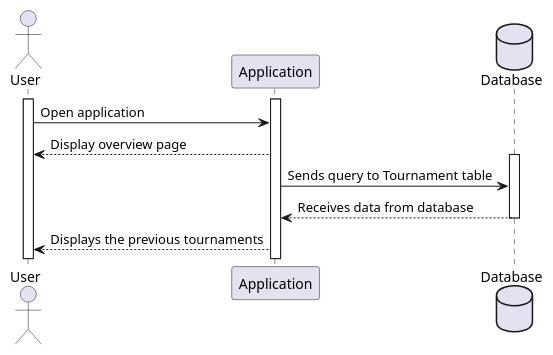
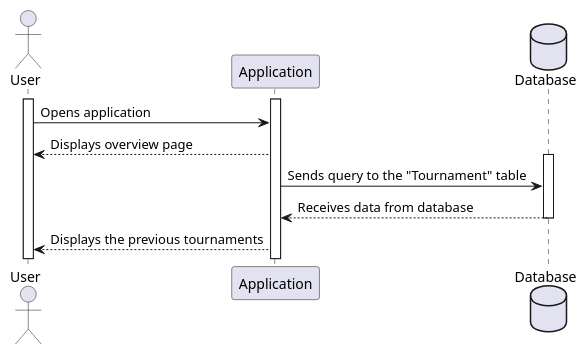
Before and after one commit to itzMesh/DCST1008-Prosjekt: the diagram in ProjektUML/SequencediagramUserAppData/sequence_diagram_open.wsd, drawn with PlantUML. The commit also changed 7 other files, not shown here.

Commit message:
uml typos

```diff
--- a/ProjektUML/SequencediagramUserAppData/sequence_diagram_open.wsd
+++ b/ProjektUML/SequencediagramUserAppData/sequence_diagram_open.wsd
@@ -1,23 +1,23 @@
 @startuml SequenceOpen 
 
 actor User as U
 participant Application as A
 database Database as D
 
 activate U
 activate A
 
-U->A: Open application
-A-->U:Display overview page
+U->A: Opens application
+A-->U:Displays overview page
 activate D
-A->D: Sends query to Tournament table
+A->D: Sends query to the "Tournament" table
 D-->A: Receives data from database
 deactivate D
 A-->U: Displays the previous tournaments
 
 
 
 
 
 
 @endumel
```
